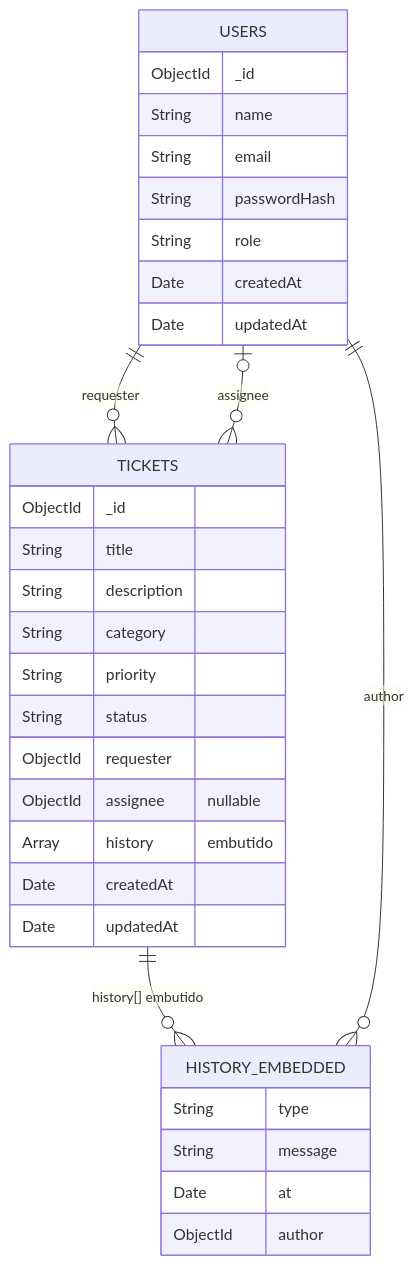
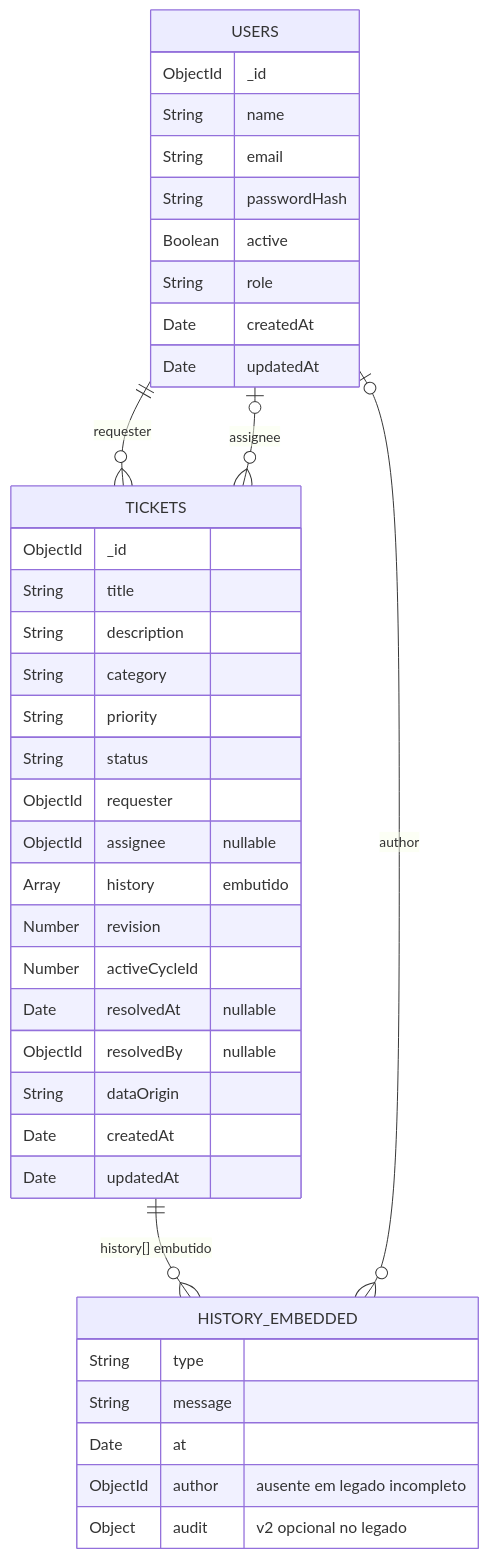
Before and after one commit to FIDEL7Z/it-helpdesk: the second of 2 diagrams in docs/02-arquitetura-e-dados.md, drawn with Mermaid. The commit also changed other lines of this file and 6 other files, not shown here.

Commit message:
docs: describe structured audit permissions and data origins

````diff
--- a/docs/02-arquitetura-e-dados.md
+++ b/docs/02-arquitetura-e-dados.md
@@ -37,35 +37,42 @@
 ```mermaid
 erDiagram
   USERS ||--o{ TICKETS : requester
   USERS o|--o{ TICKETS : assignee
   TICKETS ||--o{ HISTORY_EMBEDDED : "history[] embutido"
-  USERS ||--o{ HISTORY_EMBEDDED : author
+  USERS o|--o{ HISTORY_EMBEDDED : author
   USERS {
     ObjectId _id
     String name
     String email
     String passwordHash
+    Boolean active
     String role
     Date createdAt
     Date updatedAt
   }
   TICKETS {
     ObjectId _id
     String title
     String description
     String category
     String priority
     String status
     ObjectId requester
     ObjectId assignee "nullable"
     Array history "embutido"
+    Number revision
+    Number activeCycleId
+    Date resolvedAt "nullable"
+    ObjectId resolvedBy "nullable"
+    String dataOrigin
     Date createdAt
     Date updatedAt
   }
   HISTORY_EMBEDDED {
     String type
     String message
     Date at
-    ObjectId author
+    ObjectId author "ausente em legado incompleto"
+    Object audit "v2 opcional no legado"
   }
 ```
````
